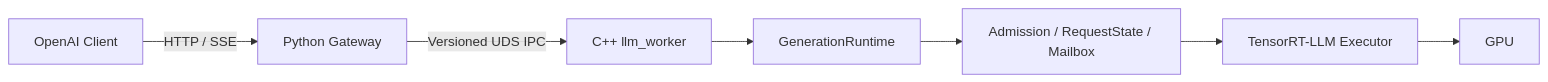
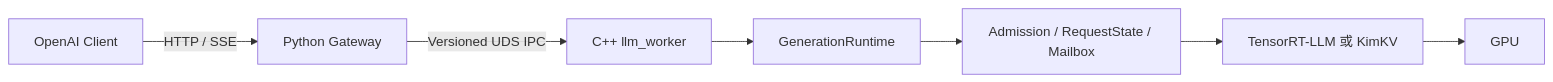
One commit to kimxinw/kim-llm-serving changed the first of 3 diagrams in README.md. Above: the diagram before and after it, drawn with Mermaid. The commit also changed other lines of this file and 6 other files, not shown here.

Commit message:
feat(backend): 添加 Kim-LLM-Runtime 推理后端

````diff
--- a/README.md
+++ b/README.md
@@ -7,9 +7,9 @@
 ```mermaid
 graph LR
     A[OpenAI Client] -->|HTTP / SSE| B[Python Gateway]
     B -->|Versioned UDS IPC| C[C++ llm_worker]
     C --> D[GenerationRuntime]
     D --> E[Admission / RequestState / Mailbox]
-    E --> F[TensorRT-LLM Executor]
+    E --> F[TensorRT-LLM 或 KimKV]
     F --> G[GPU]
 ```
````
